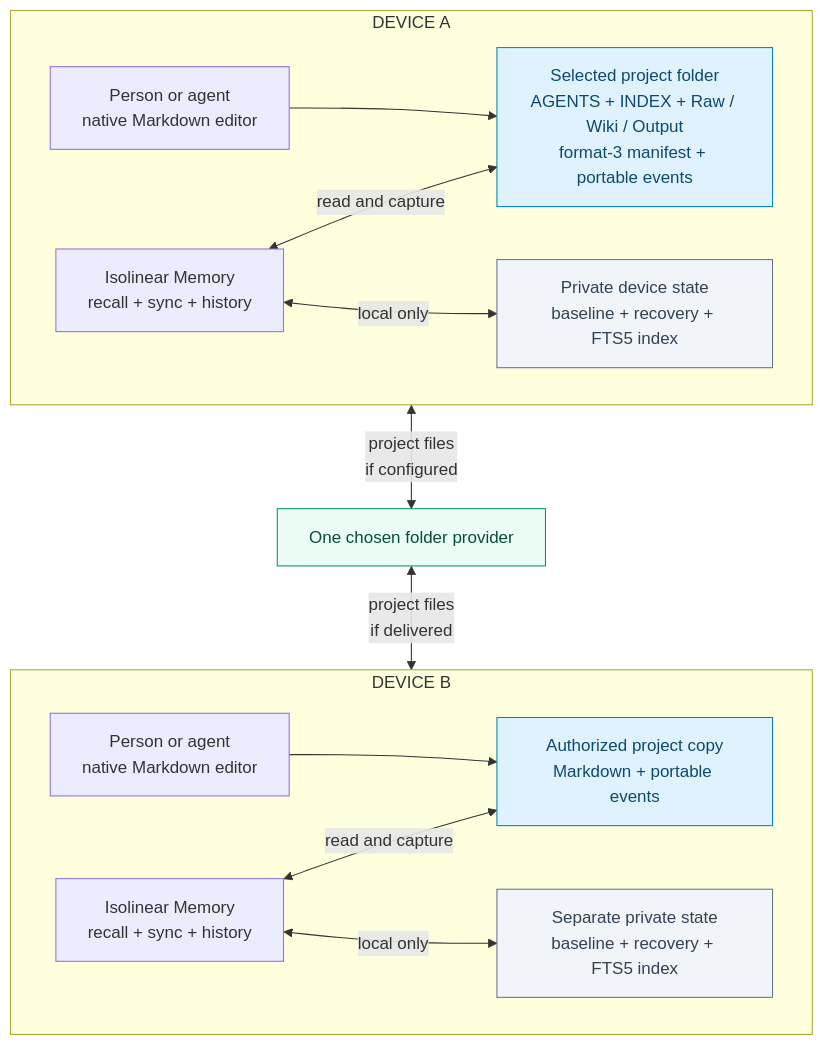
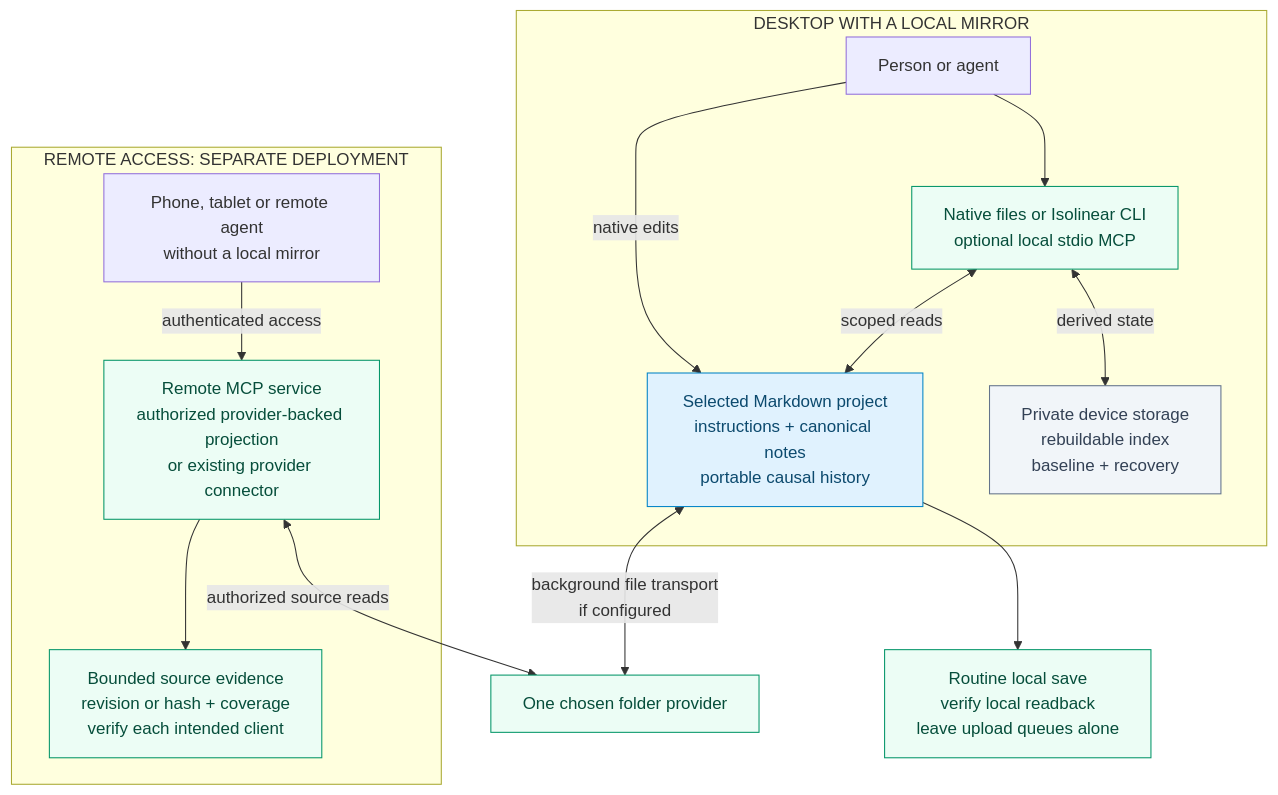
The diagram in assets/diagrams/01-shared-folder.mmd (Kian-hdr/isolinear-memory), drawn with Mermaid before and after one commit. The commit also changed 24 other files, not shown here.

First line of the commit message:
Explain Isolinear architecture and simplify setup guidance (#7)

```diff
--- a/assets/diagrams/01-shared-folder.mmd
+++ b/assets/diagrams/01-shared-folder.mmd
@@ -1,23 +1,22 @@
 flowchart TB
-  accTitle: One selected project, separate private device state
-  accDescr: Each device holds a selected Markdown project and a private baseline, recovery state and FTS5 index. Isolinear Memory reads and records only the selected project. Provider sync scope is configured separately; the private state is outside the project route.
-  subgraph A["DEVICE A"]
-    direction LR
-    AE["Person or agent<br/>native Markdown editor"] --> AF["Selected project folder<br/>AGENTS + INDEX + Raw / Wiki / Output<br/>format-3 manifest + portable events"]
-    AM["Isolinear Memory<br/>recall + sync + history"] <-->|"read and capture"| AF
-    AM <-->|"local only"| AS["Private device state<br/>baseline + recovery + FTS5 index"]
+  accTitle: One source of knowledge, local and remote access paths
+  accDescr: Desktop agents use native files, CLI or optional local stdio MCP over one selected Markdown project. Private indexes are rebuildable. A phone without a mirror needs a separately deployed authenticated remote service or an existing provider connector. Remote access and client acceptance are separate from the local release.
+  subgraph A["DESKTOP WITH A LOCAL MIRROR"]
+    AE["Person or agent"] --> AM["Native files or Isolinear CLI<br/>optional local stdio MCP"]
+    AM <-->|"scoped reads"| AF["Selected Markdown project<br/>instructions + canonical notes<br/>portable causal history"]
+    AM <-->|"derived state"| AS["Private device storage<br/>rebuildable index<br/>baseline + recovery"]
+    AE -->|"native edits"| AF
   end
-  AF <-->|"project files<br/>if configured"| P["One chosen folder provider"]
-  P <-->|"project files<br/>if delivered"| BF
-  subgraph B["DEVICE B"]
-    direction LR
-    BE["Person or agent<br/>native Markdown editor"] --> BF["Authorized project copy<br/>Markdown + portable events"]
-    BM["Isolinear Memory<br/>recall + sync + history"] <-->|"read and capture"| BF
-    BM <-->|"local only"| BS["Separate private state<br/>baseline + recovery + FTS5 index"]
+  AF <-->|"background file transport<br/>if configured"| P["One chosen folder provider"]
+  subgraph B["REMOTE ACCESS: SEPARATE DEPLOYMENT"]
+    BE["Phone, tablet or remote agent<br/>without a local mirror"] -->|"authenticated access"| BM["Remote MCP service<br/>authorized provider-backed projection<br/>or existing provider connector"]
+    BM --> O["Bounded source evidence<br/>revision or hash + coverage<br/>verify each intended client"]
   end
+  BM <-->|"authorized source reads"| P
+  AF --> V["Routine local save<br/>verify local readback<br/>leave upload queues alone"]
   classDef project fill:#e0f2fe,stroke:#0284c7,color:#0c4a6e;
   classDef private fill:#f1f5f9,stroke:#64748b,color:#334155;
   classDef route fill:#ecfdf5,stroke:#059669,color:#064e3b;
-  class AF,BF project;
-  class AS,BS private;
-  class P route;
+  class AF project;
+  class AS private;
+  class P,AM,BM,O,V route;
```
